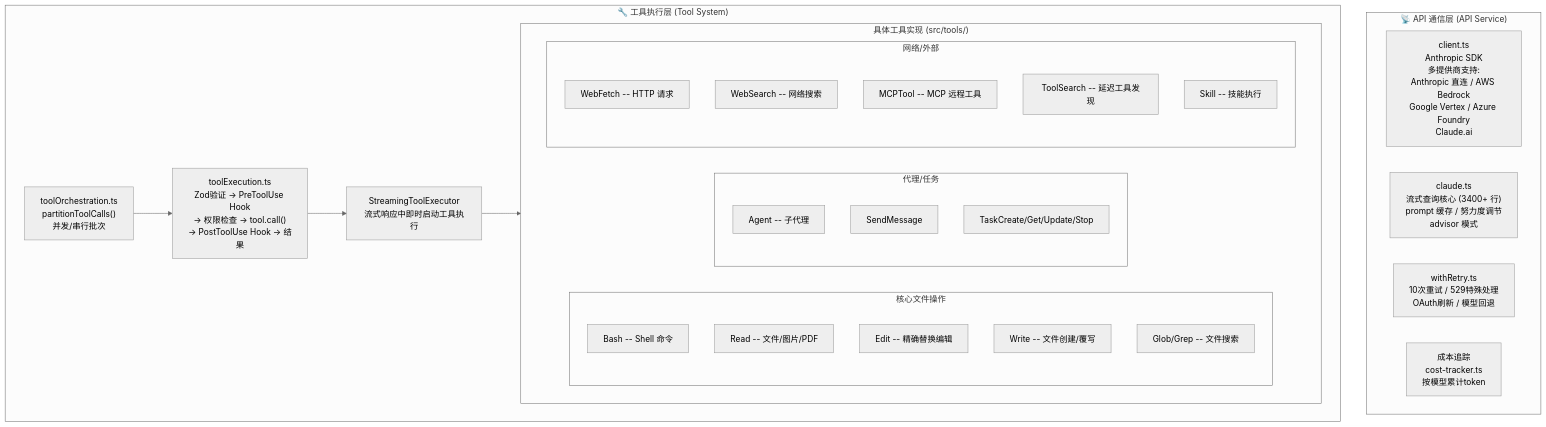
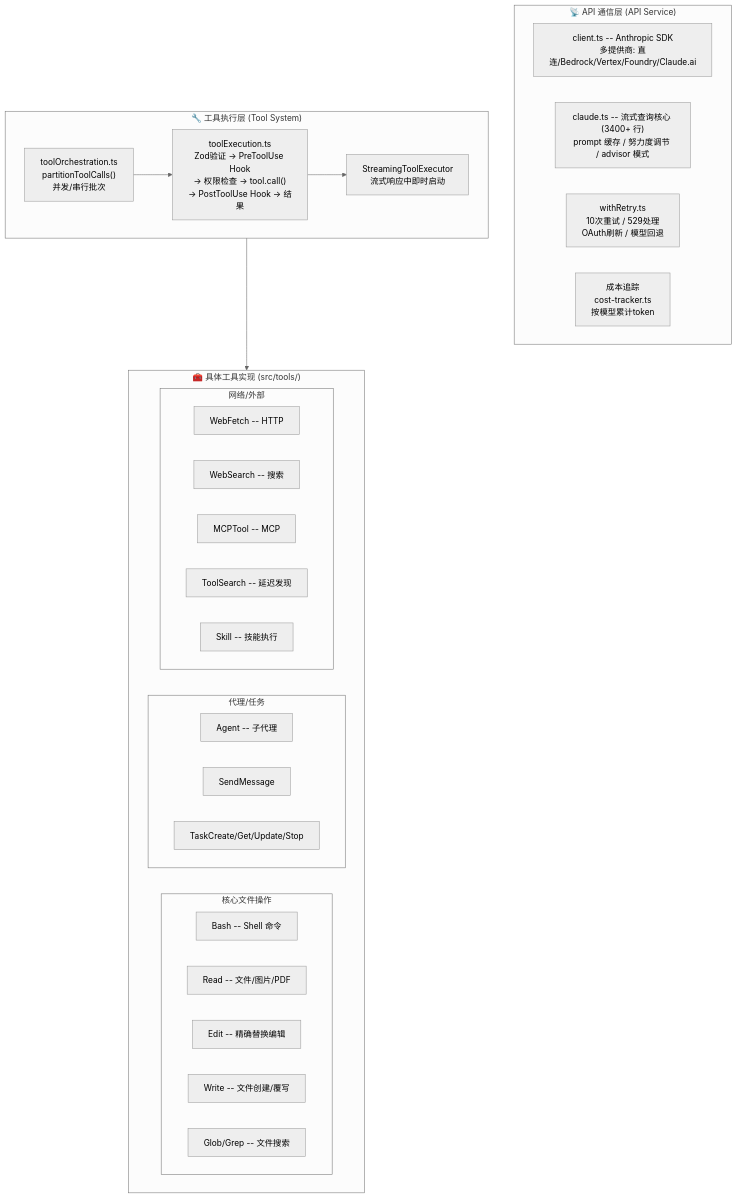
One commit to WSbaikaishui/claude-code-source-code changed the second of 10 diagrams in docs/architecture/00-overview.md. Above: the diagram before and after it, drawn with Mermaid (neutral theme). The commit also changed other lines of this file and 73 other files, not shown here.

First line of the commit message:
Fix all Mermaid diagrams: restore semantics + fix dimensions

````diff
--- a/docs/architecture/00-overview.md
+++ b/docs/architecture/00-overview.md
@@ -115,42 +120,45 @@
 ```mermaid
 graph TD
     subgraph API_LAYER["📡 API 通信层 (API Service)"]
-        CLIENT["client.ts<br/>Anthropic SDK<br/>多提供商支持:<br/>Anthropic 直连 / AWS Bedrock<br/>Google Vertex / Azure Foundry<br/>Claude.ai"]
-        CLAUDE["claude.ts<br/>流式查询核心 (3400+ 行)<br/>prompt 缓存 / 努力度调节<br/>advisor 模式"]
-        RETRY["withRetry.ts<br/>10次重试 / 529特殊处理<br/>OAuth刷新 / 模型回退"]
+        direction LR
+        CLIENT["client.ts -- Anthropic SDK<br/>多提供商: 直连/Bedrock/Vertex/Foundry/Claude.ai"]
+        CLAUDE["claude.ts -- 流式查询核心 (3400+ 行)<br/>prompt 缓存 / 努力度调节 / advisor 模式"]
+        RETRY["withRetry.ts<br/>10次重试 / 529处理<br/>OAuth刷新 / 模型回退"]
         COST["成本追踪<br/>cost-tracker.ts<br/>按模型累计token"]
     end
 
-    subgraph TOOL_LAYER["🔧 工具执行层 (Tool System)"]
+    subgraph TOOL_EXEC["🔧 工具执行层 (Tool System)"]
+        direction LR
         ORCH["toolOrchestration.ts<br/>partitionToolCalls()<br/>并发/串行批次"]
         EXEC["toolExecution.ts<br/>Zod验证 → PreToolUse Hook<br/>→ 权限检查 → tool.call()<br/>→ PostToolUse Hook → 结果"]
-        STREAM_EXEC["StreamingToolExecutor<br/>流式响应中即时启动工具执行"]
+        STREAM_EXEC["StreamingToolExecutor<br/>流式响应中即时启动"]
+        ORCH --> EXEC --> STREAM_EXEC
+    end
 
-        ORCH --> EXEC --> STREAM_EXEC
+    TOOL_EXEC --> TOOLS_IMPL
 
-        subgraph TOOLS_IMPL["具体工具实现 (src/tools/)"]
+    subgraph TOOLS_IMPL["🧰 具体工具实现 (src/tools/)"]
+        subgraph FILE_OPS["核心文件操作"]
             direction LR
-            subgraph FILE_OPS["核心文件操作"]
-                BASH["Bash -- Shell 命令"]
-                READ["Read -- 文件/图片/PDF"]
-                EDIT_T["Edit -- 精确替换编辑"]
-                WRITE_T["Write -- 文件创建/覆写"]
-                GLOBGREP["Glob/Grep -- 文件搜索"]
-            end
-            subgraph AGENT_OPS["代理/任务"]
-                AGENT["Agent -- 子代理"]
-                SENDMSG["SendMessage"]
-                TASKMGMT["TaskCreate/Get/Update/Stop"]
-            end
-            subgraph NET_OPS["网络/外部"]
-                WEBFETCH["WebFetch -- HTTP 请求"]
-                WEBSEARCH["WebSearch -- 网络搜索"]
-                MCPTOOL["MCPTool -- MCP 远程工具"]
-                TOOLSEARCH["ToolSearch -- 延迟工具发现"]
-                SKILL["Skill -- 技能执行"]
-            end
+            BASH["Bash -- Shell 命令"]
+            READ["Read -- 文件/图片/PDF"]
+            EDIT_T["Edit -- 精确替换编辑"]
+            WRITE_T["Write -- 文件创建/覆写"]
+            GLOBGREP["Glob/Grep -- 文件搜索"]
         end
-
-        STREAM_EXEC --> TOOLS_IMPL
+        subgraph AGENT_OPS["代理/任务"]
+            direction LR
+            AGENT["Agent -- 子代理"]
+            SENDMSG["SendMessage"]
+            TASKMGMT["TaskCreate/Get/Update/Stop"]
+        end
+        subgraph NET_OPS["网络/外部"]
+            direction LR
+            WEBFETCH["WebFetch -- HTTP"]
+            WEBSEARCH["WebSearch -- 搜索"]
+            MCPTOOL["MCPTool -- MCP"]
+            TOOLSEARCH["ToolSearch -- 延迟发现"]
+            SKILL["Skill -- 技能执行"]
+        end
     end
 ```
````
